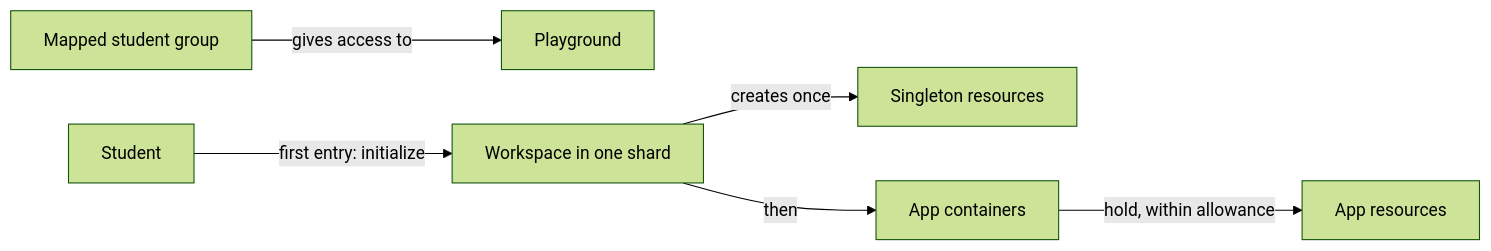
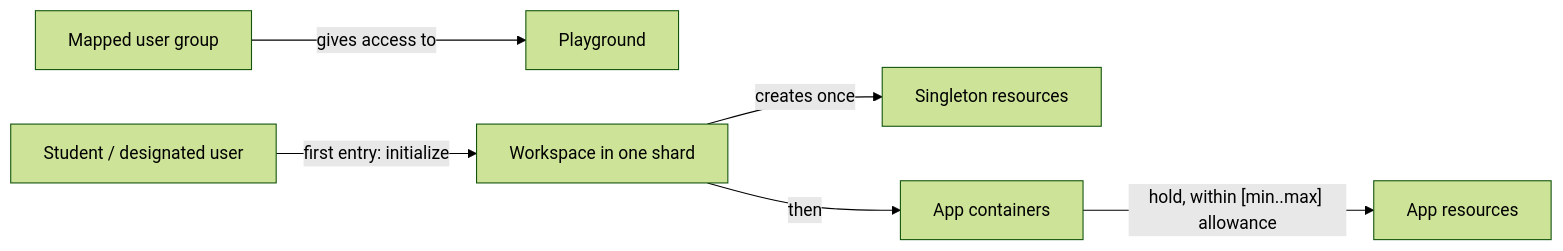
The fourth of 4 diagrams in specs/01-brs/brs-master.md (shankyram1912/crucible-learning-sandbox), drawn with Mermaid (forest theme) before and after one commit. The commit also changed other lines of this file, not shown here.

````diff
--- a/specs/01-brs/brs-master.md
+++ b/specs/01-brs/brs-master.md
@@ -151,8 +152,8 @@
 ```mermaid
 flowchart LR
-  SG["Mapped student group"] -->|"gives access to"| PG["Playground"]
-  STU["Student"] -->|"first entry: initialize"| W["Workspace in one shard"]
+  SG["Mapped user group"] -->|"gives access to"| PG["Playground"]
+  STU["Student / designated user"] -->|"first entry: initialize"| W["Workspace in one shard"]
   W -->|"creates once"| SR["Singleton resources"]
   W -->|"then"| AC["App containers"]
-  AC -->|"hold, within allowance"| AR["App resources"]
+  AC -->|"hold, within [min..max] allowance"| AR["App resources"]
 ```
````
